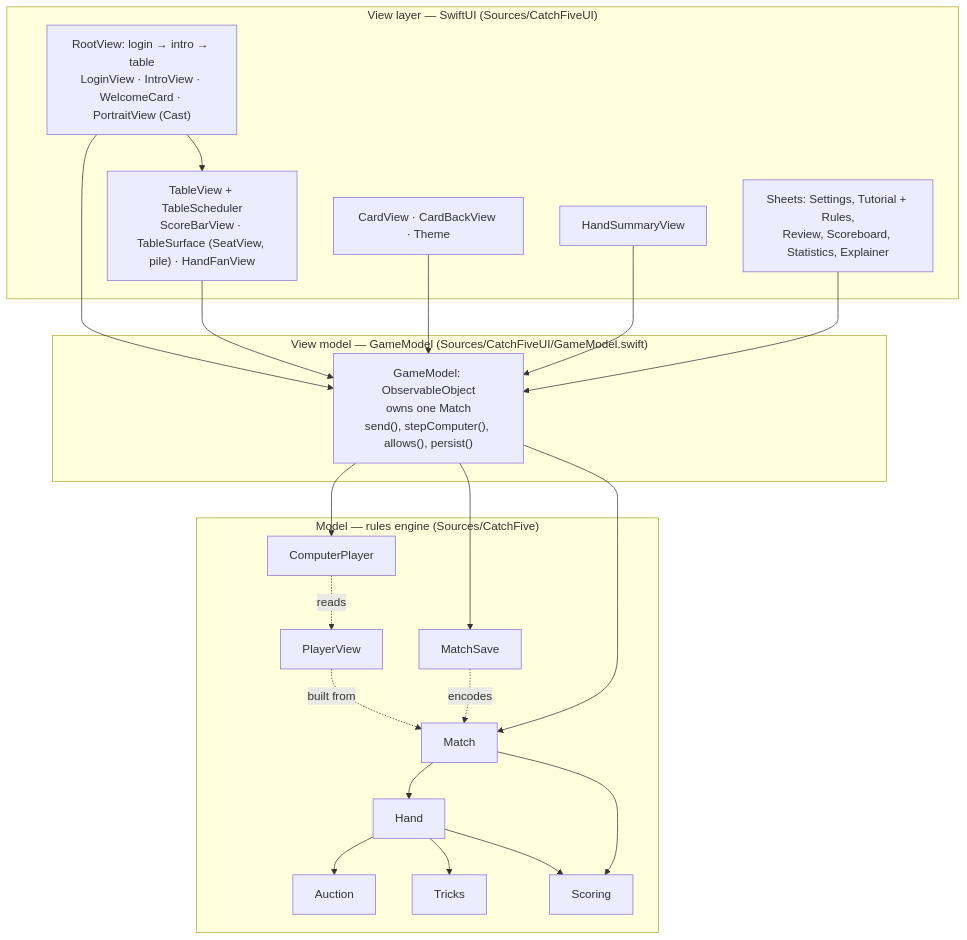
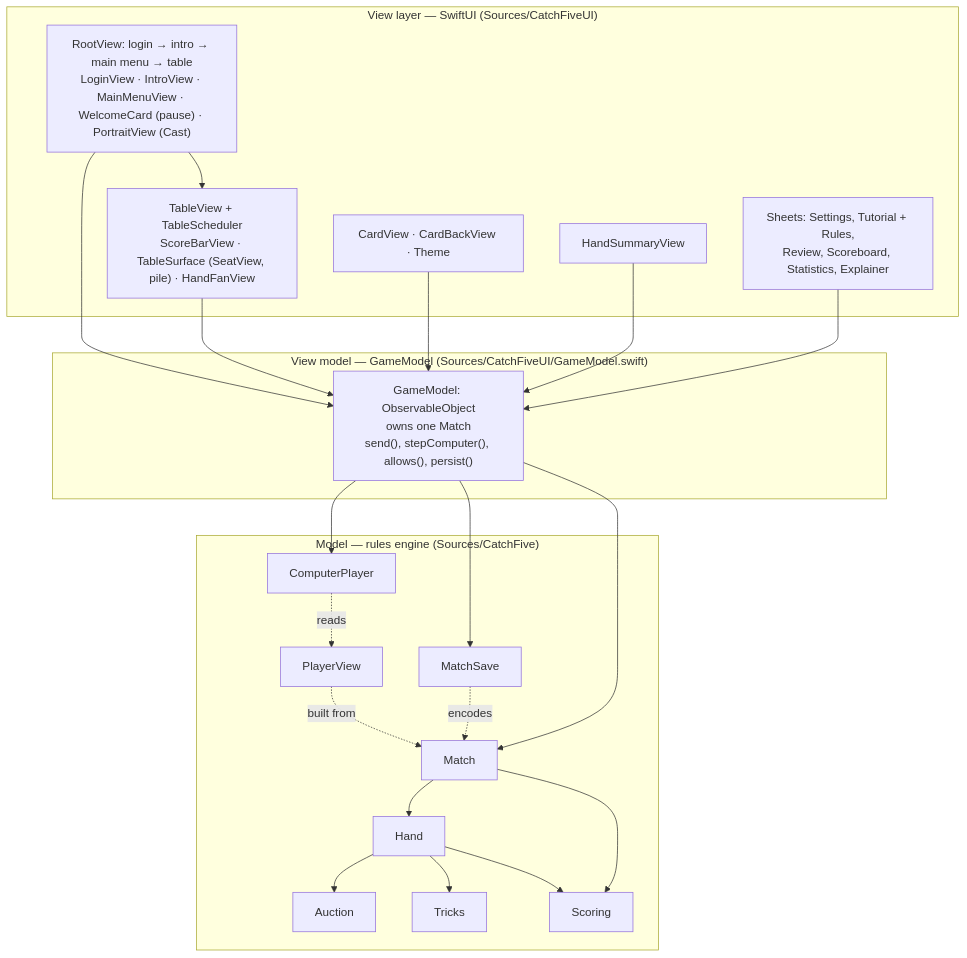
Before and after one commit to cmurphy1140/catch-5: the first of 4 diagrams in App/Explainer/docs/architecture.md, drawn with Mermaid. The commit also changed other lines of this file and 16 other files, not shown here.

First line of the commit message:
Start over asks with an alert; docs catch up with the main menu, pause card and beginner mode (#41)

````diff
--- a/App/Explainer/docs/architecture.md
+++ b/App/Explainer/docs/architecture.md
@@ -5,32 +5,32 @@
 ```mermaid
 flowchart TB
     subgraph View["View layer — SwiftUI (Sources/CatchFiveUI)"]
-        RV["RootView: login → intro → table<br/>LoginView · IntroView · WelcomeCard · PortraitView (Cast)"]
+        RV["RootView: login → intro → main menu → table<br/>LoginView · IntroView · MainMenuView · WelcomeCard (pause) · PortraitView (Cast)"]
         TV["TableView + TableScheduler<br/>ScoreBarView · TableSurface (SeatView, pile) · HandFanView"]
         CV["CardView · CardBackView · Theme"]
         HS[HandSummaryView]
         SH["Sheets: Settings, Tutorial + Rules,<br/>Review, Scoreboard, Statistics, Explainer"]
     end
     subgraph VM["View model — GameModel (Sources/CatchFiveUI/GameModel.swift)"]
         GM["GameModel: ObservableObject<br/>owns one Match<br/>send(), stepComputer(), allows(), persist()"]
     end
     subgraph Model["Model — rules engine (Sources/CatchFive)"]
         M[Match] --> H[Hand]
         H --> AU[Auction]
         H --> TR[Tricks]
         H --> SC[Scoring]
         M --> SC
         CP[ComputerPlayer] -. reads .-> PV[PlayerView]
         PV -. built from .-> M
         MS[MatchSave] -. encodes .-> M
     end
     RV --> TV
     RV --> GM
     TV --> GM
     CV --> GM
     HS --> GM
     SH --> GM
     GM --> M
     GM --> CP
     GM --> MS
 ```
````
